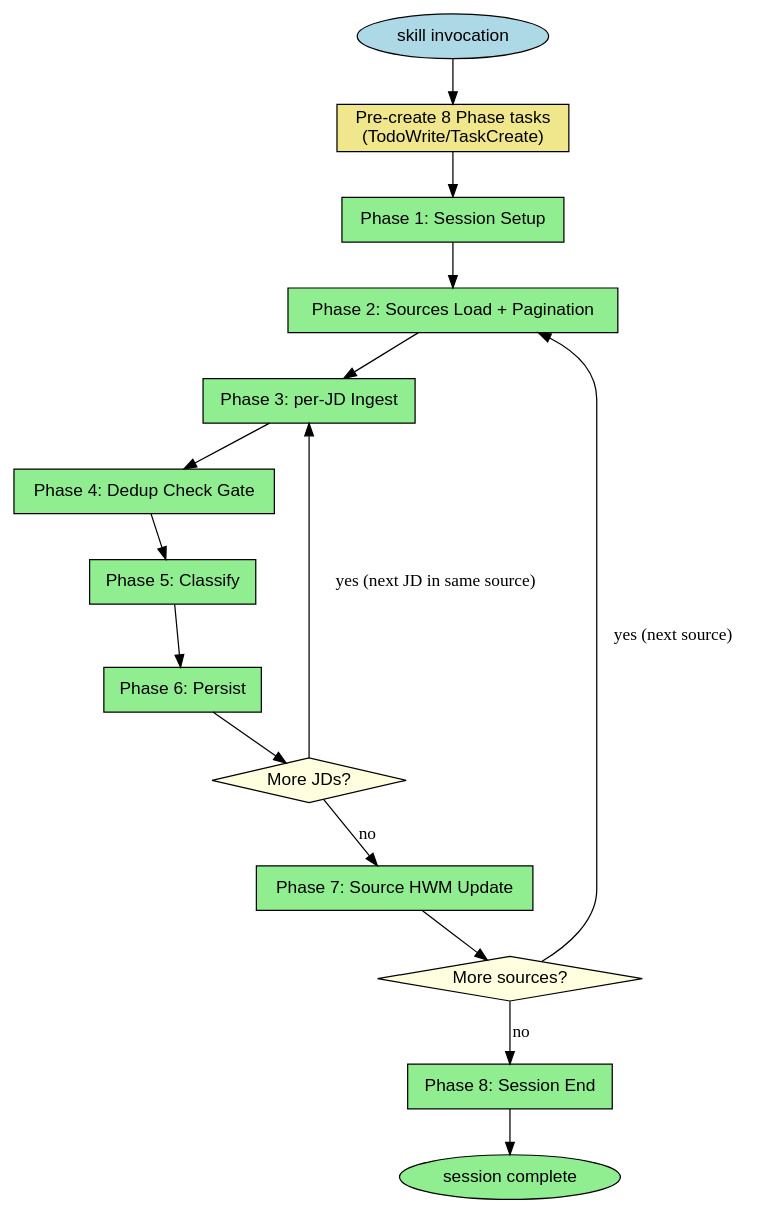
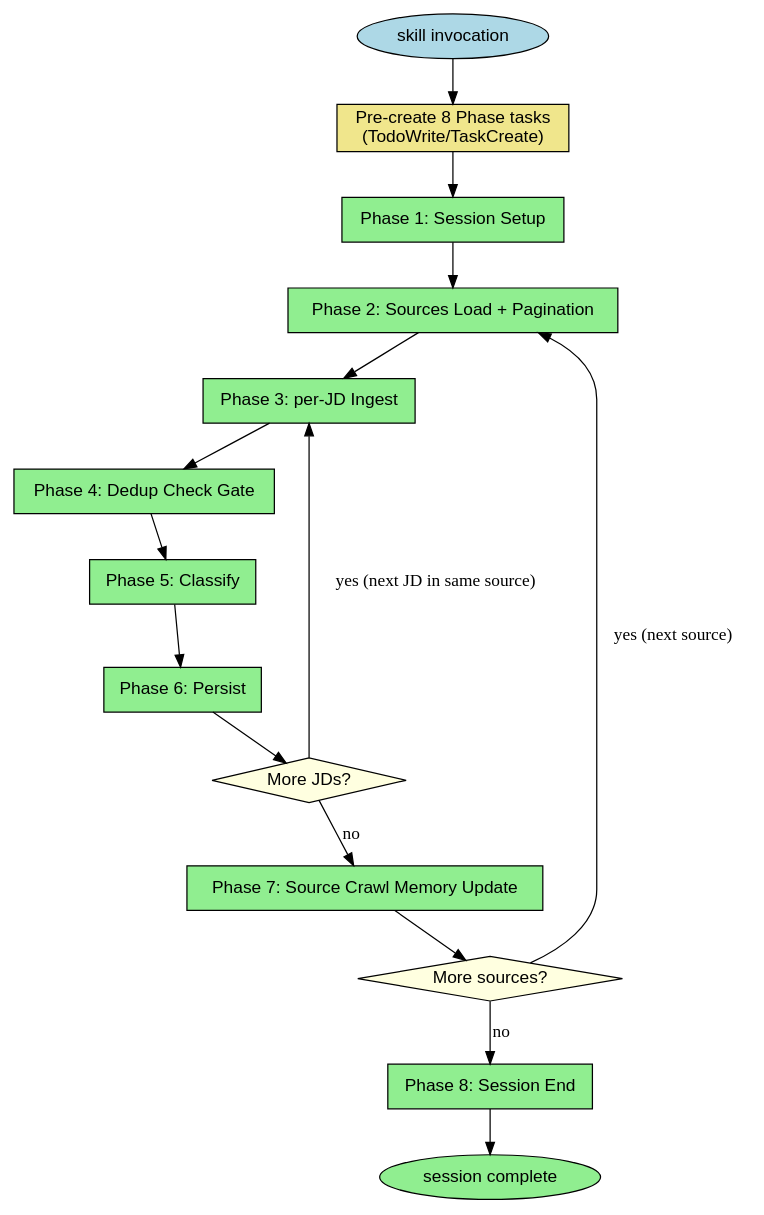
Before and after one commit to toongri/oh-my-toong-playground: the second of 8 diagrams in skills/collect-jd/reference/rules.md, drawn with Graphviz. The commit also changed other lines of this file and 4 other files, not shown here.

````diff
--- a/skills/collect-jd/reference/rules.md
+++ b/skills/collect-jd/reference/rules.md
@@ -141,35 +143,35 @@
 ```dot
 digraph phase_task_creation {
   rankdir=TB;
   node [shape=box, fontname="Helvetica"];
 
   trigger [label="skill invocation", shape=ellipse, style=filled, fillcolor=lightblue];
   create_tasks [label="Pre-create 8 Phase tasks\n(TodoWrite/TaskCreate)", style=filled, fillcolor=khaki];
   session_setup [label="Phase 1: Session Setup", style=filled, fillcolor=lightgreen];
   sources_load_pagination [label="Phase 2: Sources Load + Pagination", style=filled, fillcolor=lightgreen];
   per_jd_ingest [label="Phase 3: per-JD Ingest", style=filled, fillcolor=lightgreen];
   dedup [label="Phase 4: Dedup Check Gate", style=filled, fillcolor=lightgreen];
   classify [label="Phase 5: Classify", style=filled, fillcolor=lightgreen];
   persist [label="Phase 6: Persist", style=filled, fillcolor=lightgreen];
   batch_jd_decision [label="More JDs?", shape=diamond, style=filled, fillcolor=lightyellow];
-  source_hwm_update [label="Phase 7: Source HWM Update", style=filled, fillcolor=lightgreen];
+  source_crawl_memory_update [label="Phase 7: Source Crawl Memory Update", style=filled, fillcolor=lightgreen];
   batch_source_decision [label="More sources?", shape=diamond, style=filled, fillcolor=lightyellow];
   session_end [label="Phase 8: Session End", style=filled, fillcolor=lightgreen];
   done [label="session complete", shape=ellipse, style=filled, fillcolor=lightgreen];
 
   trigger -> create_tasks;
   create_tasks -> session_setup;
   session_setup -> sources_load_pagination;
   sources_load_pagination -> per_jd_ingest;
   per_jd_ingest -> dedup;
   dedup -> classify;
   classify -> persist;
   persist -> batch_jd_decision;
   batch_jd_decision -> per_jd_ingest [label="yes (next JD in same source)"];
-  batch_jd_decision -> source_hwm_update [label="no"];
-  source_hwm_update -> batch_source_decision;
+  batch_jd_decision -> source_crawl_memory_update [label="no"];
+  source_crawl_memory_update -> batch_source_decision;
   batch_source_decision -> sources_load_pagination [label="yes (next source)"];
   batch_source_decision -> session_end [label="no"];
   session_end -> done;
 }
 ```
````
